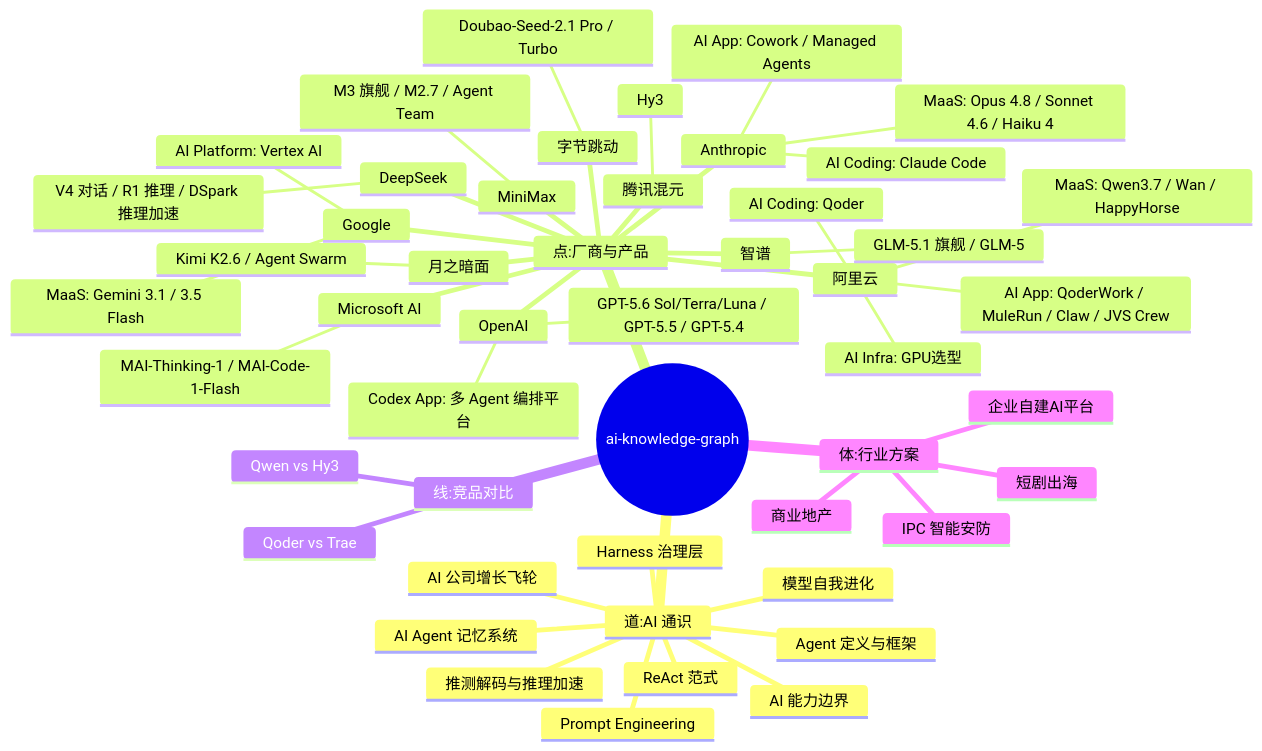
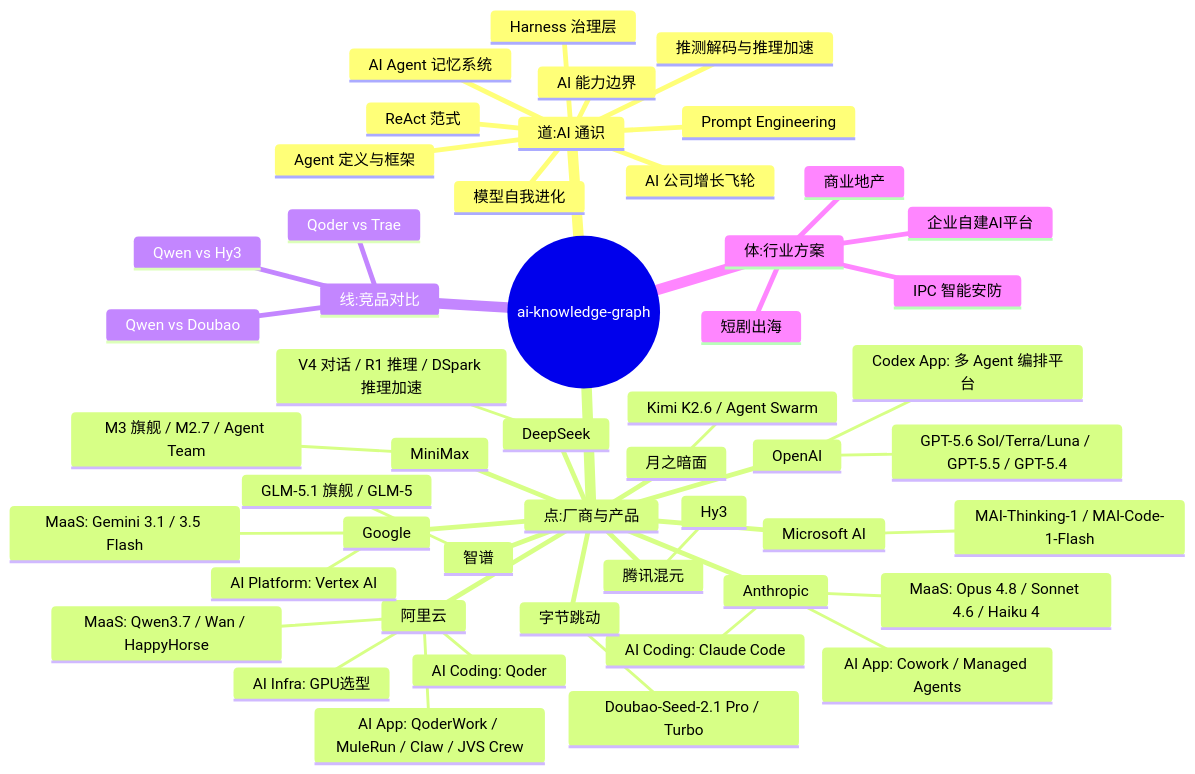
One commit to EthanNiWorld/ai-playbook-2026 changed the first of 2 diagrams in README.md. Above: the diagram before and after it, drawn with Mermaid. The commit also changed other lines of this file and 13 other files, not shown here.

````diff
--- a/README.md
+++ b/README.md
@@ -141,52 +141,53 @@
 ```mermaid
 mindmap
   root((ai-knowledge-graph))
     道:AI 通识
       Agent 定义与框架
       Harness 治理层
       Prompt Engineering
       AI 能力边界
       模型自我进化
       AI Agent 记忆系统
       ReAct 范式
       AI 公司增长飞轮
       推测解码与推理加速
     点:厂商与产品
       阿里云
         MaaS: Qwen3.7 / Wan / HappyHorse
         AI Coding: Qoder
         AI App: QoderWork / MuleRun / Claw / JVS Crew
         AI Infra: GPU选型
       Google
         MaaS: Gemini 3.1 / 3.5 Flash
         AI Platform: Vertex AI
       Anthropic
         MaaS: Opus 4.8 / Sonnet 4.6 / Haiku 4
         AI Coding: Claude Code
         AI App: Cowork / Managed Agents
       MiniMax
         M3 旗舰 / M2.7 / Agent Team
       DeepSeek
         V4 对话 / R1 推理 / DSpark 推理加速
       OpenAI
         GPT-5.6 Sol/Terra/Luna / GPT-5.5 / GPT-5.4
         Codex App: 多 Agent 编排平台
       Microsoft AI
         MAI-Thinking-1 / MAI-Code-1-Flash
       智谱
         GLM-5.1 旗舰 / GLM-5
       月之暗面
         Kimi K2.6 / Agent Swarm
       字节跳动
         Doubao-Seed-2.1 Pro / Turbo
       腾讯混元
         Hy3
     线:竞品对比
       Qoder vs Trae
       Qwen vs Hy3
+      Qwen vs Doubao
     体:行业方案
       IPC 智能安防
       短剧出海
       商业地产
       企业自建AI平台
 ```
````
